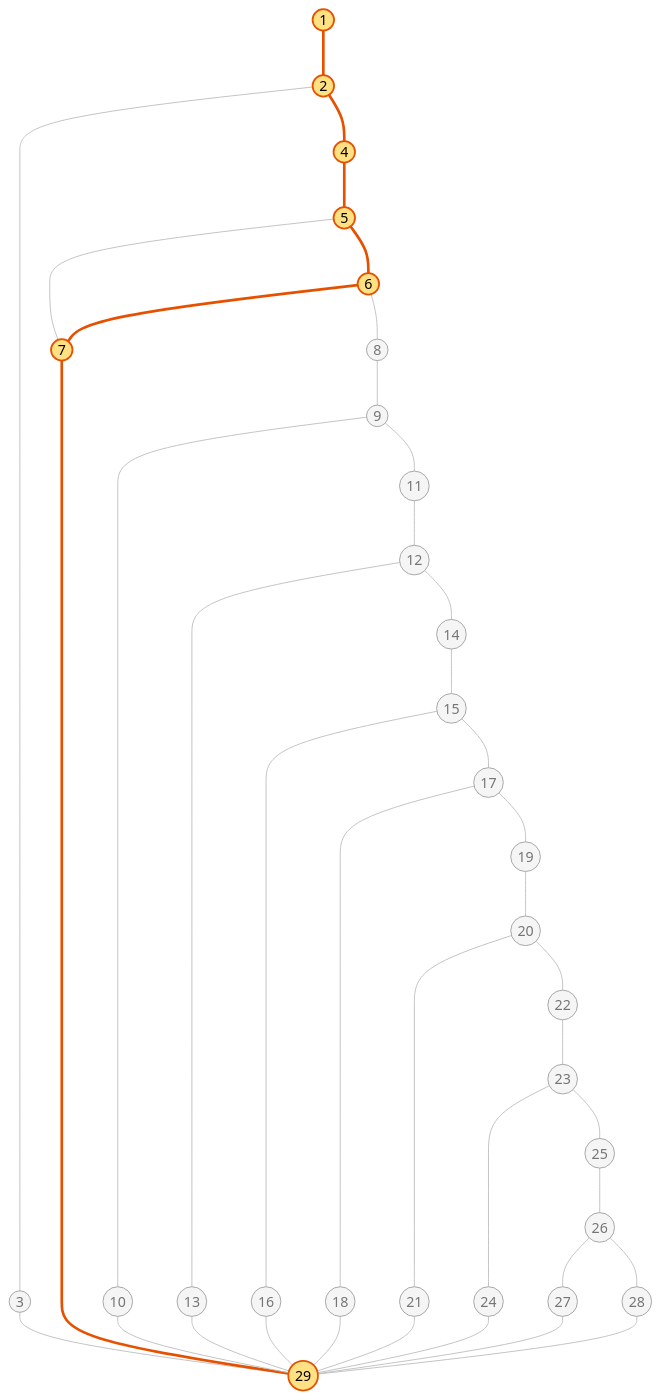
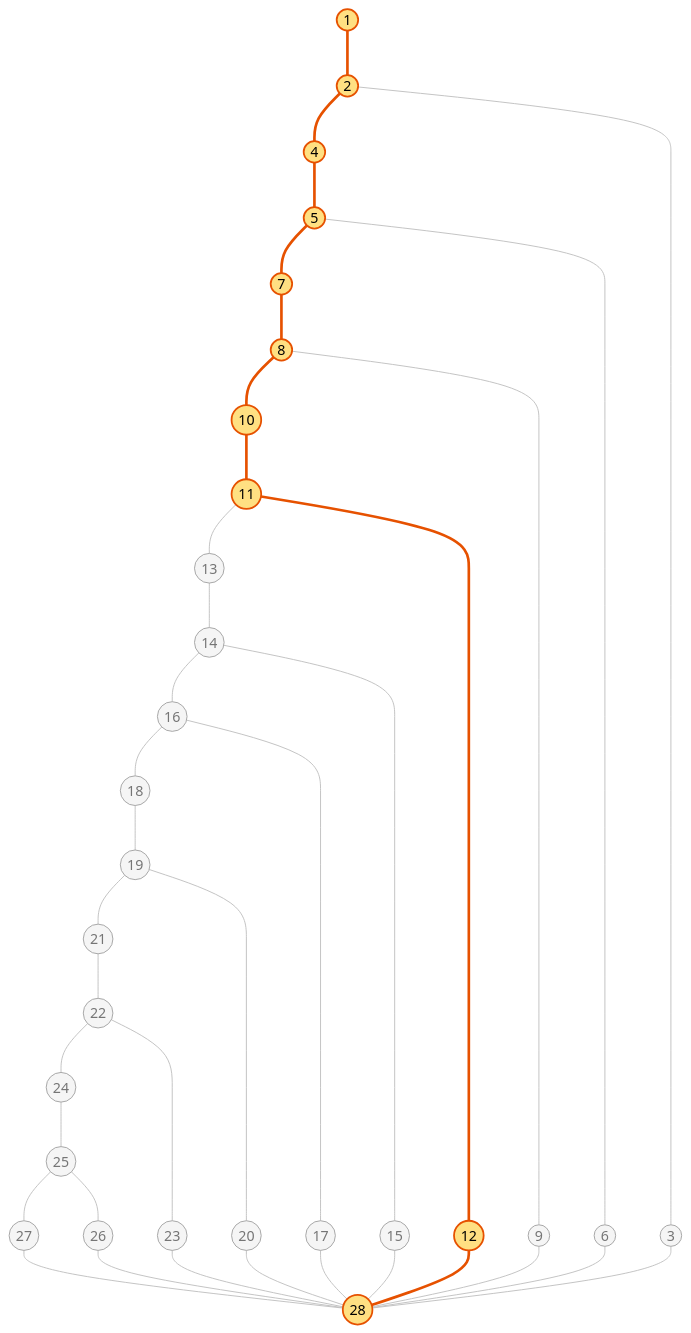
Before and after one commit to bloedige/itdb_ctf: the fourth of 11 diagrams in tests/docs/caja_blanca_01_enviar_flag.md, drawn with Mermaid. The commit also changed other lines of this file and 47 other files, not shown here.

````diff
--- a/tests/docs/caja_blanca_01_enviar_flag.md
+++ b/tests/docs/caja_blanca_01_enviar_flag.md
@@ -248,46 +267,44 @@
 ```mermaid
 graph TD
     n1((1)) --- n2((2))
-    n2 --- n3((3))
-    n3 --- n29((29))
     n2 --- n4((4))
     n4 --- n5((5))
     n5 --- n7((7))
-    n7 --- n29
+    n7 --- n8((8))
+    n8 --- n10((10))
+    n10 --- n11((11))
+    n11 --- n13((13))
+    n13 --- n14((14))
+    n14 --- n16((16))
+    n16 --- n18((18))
+    n18 --- n19((19))
+    n19 --- n21((21))
+    n21 --- n22((22))
+    n22 --- n24((24))
+    n24 --- n25((25))
+    n25 --- n27((27))
+    n27 --- n28((28))
+    n25 --- n26((26))
+    n26 --- n28
+    n22 --- n23((23))
+    n23 --- n28
+    n19 --- n20((20))
+    n20 --- n28
+    n16 --- n17((17))
+    n17 --- n28
+    n14 --- n15((15))
+    n15 --- n28
+    n11 --- n12((12))
+    n12 --- n28
+    n8 --- n9((9))
+    n9 --- n28
     n5 --- n6((6))
-    n6 --- n7
-    n6 --- n8((8))
-    n8 --- n9((9))
-    n9 --- n10((10))
-    n10 --- n29
-    n9 --- n11((11))
-    n11 --- n12((12))
-    n12 --- n13((13))
-    n13 --- n29
-    n12 --- n14((14))
-    n14 --- n15((15))
-    n15 --- n16((16))
-    n16 --- n29
-    n15 --- n17((17))
-    n17 --- n18((18))
-    n18 --- n29
-    n17 --- n19((19))
-    n19 --- n20((20))
-    n20 --- n21((21))
-    n21 --- n29
-    n20 --- n22((22))
-    n22 --- n23((23))
-    n23 --- n24((24))
-    n24 --- n29
-    n23 --- n25((25))
-    n25 --- n26((26))
-    n26 --- n27((27))
-    n27 --- n29
-    n26 --- n28((28))
-    n28 --- n29
+    n6 --- n28
+    n2 --- n3((3))
+    n3 --- n28
     classDef default fill:#f5f5f5,stroke:#9e9e9e,color:#757575
     classDef camino fill:#ffe082,stroke:#e65100,stroke-width:2px,color:#000
-    class n1,n2,n4,n5,n6,n7,n29 camino
+    class n1,n2,n4,n5,n7,n8,n10,n11,n12,n28 camino
     linkStyle default stroke:#bdbdbd,stroke-width:1px
-    linkStyle 0,3,4,7,8,6 stroke:#e65100,stroke-width:3px
+    linkStyle 0,1,2,3,4,5,6,28,29 stroke:#e65100,stroke-width:3px
 ```
````
